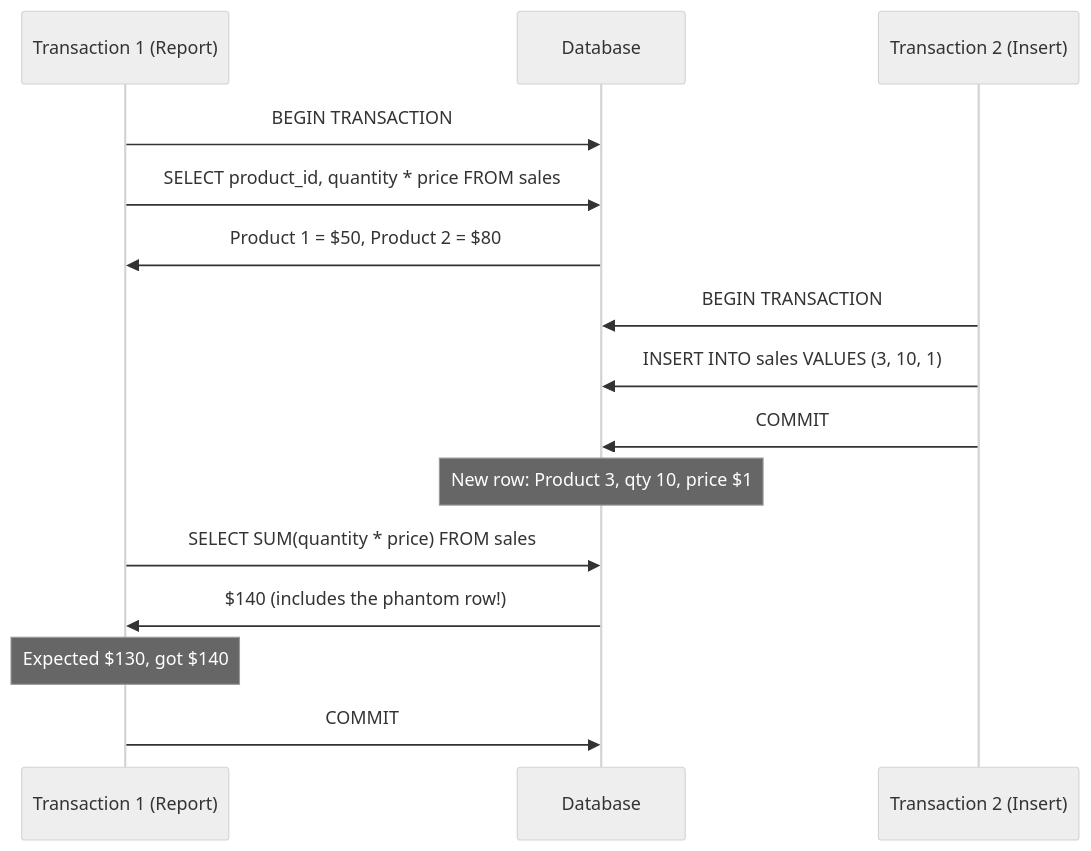
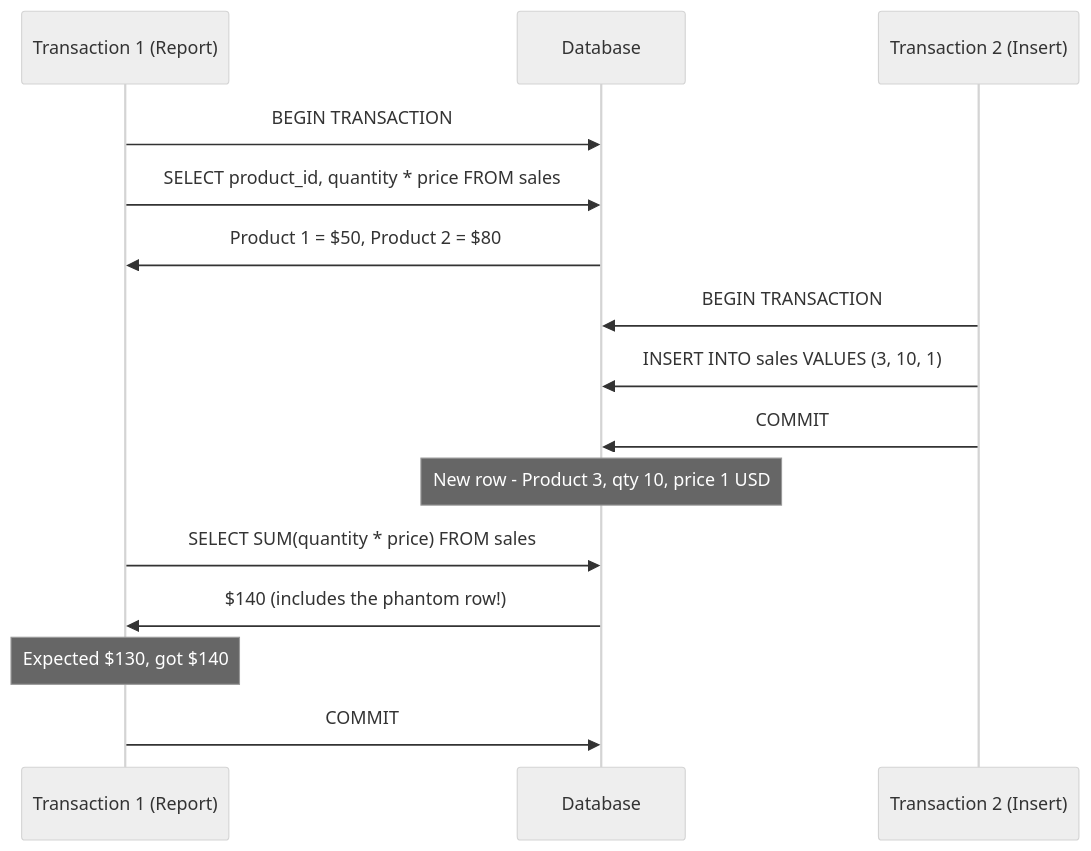
Before and after one commit to Patel-Neel-346/Notes: the third of 10 diagrams in Database/ACID/Isolation.md, drawn with Mermaid (neutral theme). The commit also changed 9 other files, not shown here.

````diff
--- a/Database/ACID/Isolation.md
+++ b/Database/ACID/Isolation.md
@@ -104,20 +104,20 @@
 ```mermaid
 sequenceDiagram
     participant T1 as Transaction 1 (Report)
     participant DB as Database
     participant T2 as Transaction 2 (Insert)
 
     T1->>DB: BEGIN TRANSACTION
     T1->>DB: SELECT product_id, quantity * price FROM sales
     DB->>T1: Product 1 = $50, Product 2 = $80
 
     T2->>DB: BEGIN TRANSACTION
     T2->>DB: INSERT INTO sales VALUES (3, 10, 1)
     T2->>DB: COMMIT
-    Note over DB: New row: Product 3, qty 10, price $1
+    Note over DB: New row - Product 3, qty 10, price 1 USD
 
     T1->>DB: SELECT SUM(quantity * price) FROM sales
     DB->>T1: $140 (includes the phantom row!)
     Note over T1: Expected $130, got $140
     T1->>DB: COMMIT
 ```
````
